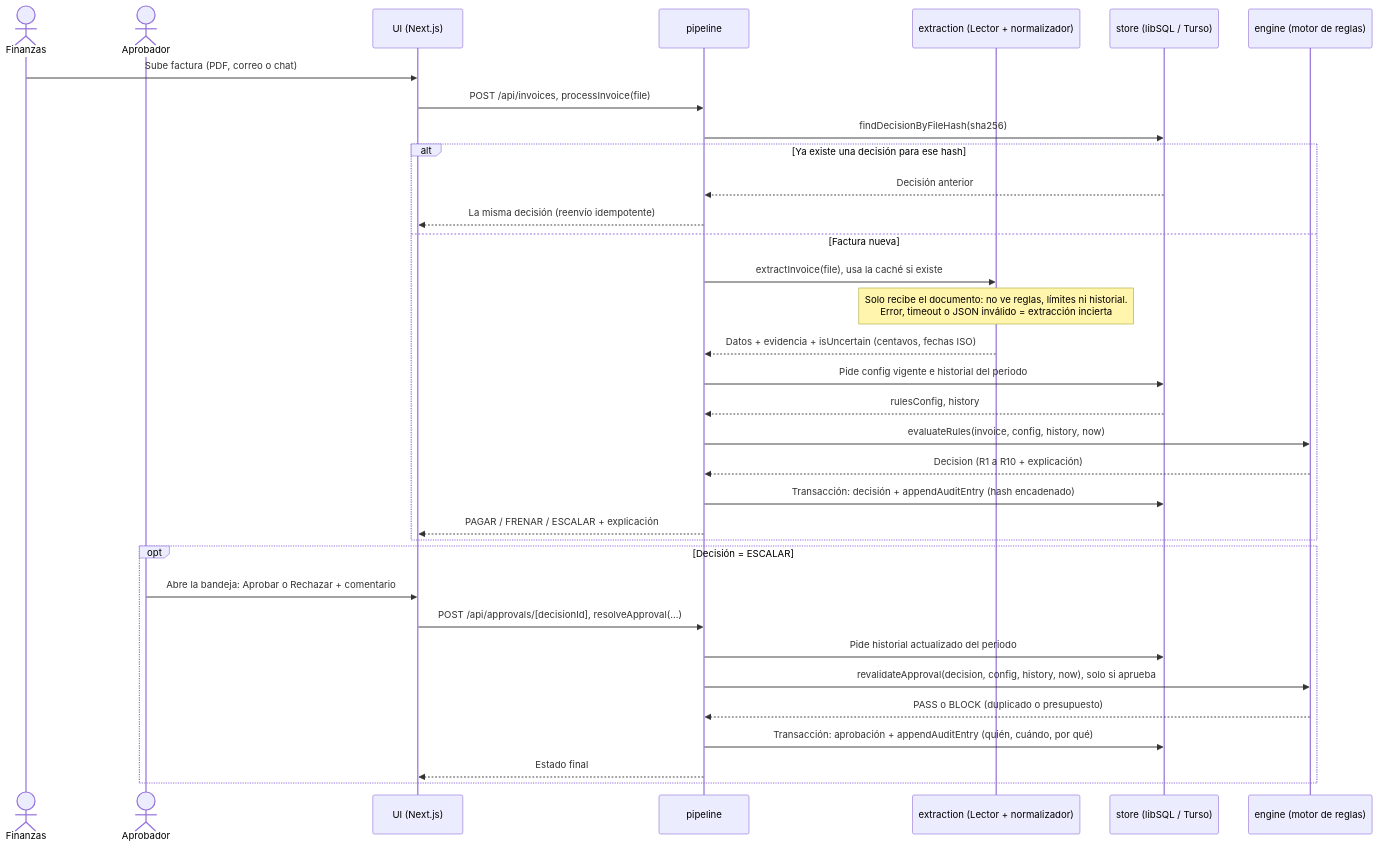
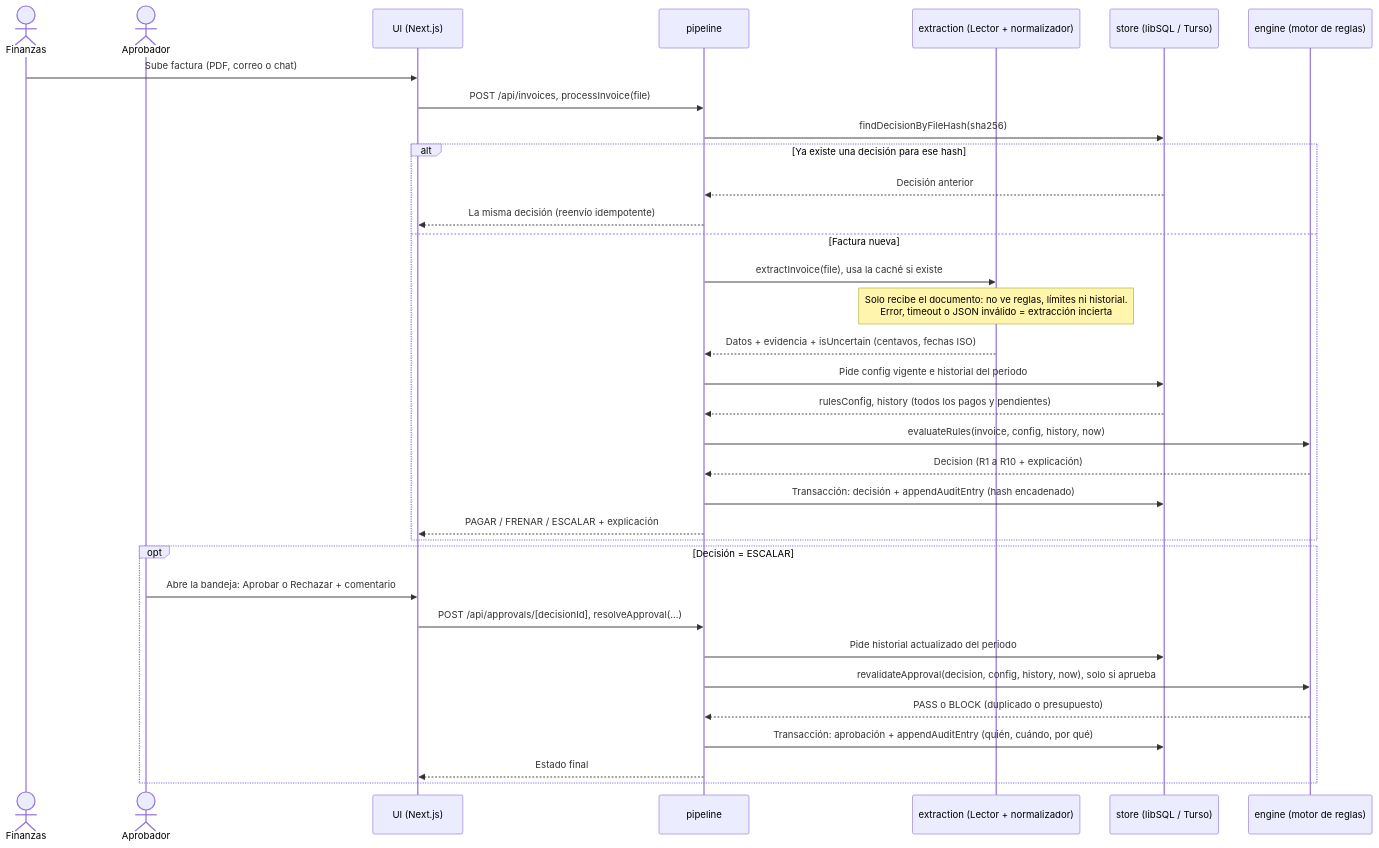
The diagram in docs/PROPUESTA.md (JohanMantilla/triple-firma), drawn with Mermaid before and after one commit. The commit also changed other lines of this file and 1 other file, not shown here.

````diff
--- a/docs/PROPUESTA.md
+++ b/docs/PROPUESTA.md
@@ -255,38 +257,38 @@
 ```mermaid
 sequenceDiagram
     actor U as Finanzas
     actor A as Aprobador
     participant UI as UI (Next.js)
     participant P as pipeline
     participant X as extraction (Lector + normalizador)
     participant S as store (libSQL / Turso)
     participant M as engine (motor de reglas)
 
     U->>UI: Sube factura (PDF, correo o chat)
     UI->>P: POST /api/invoices, processInvoice(file)
     P->>S: findDecisionByFileHash(sha256)
     alt Ya existe una decisión para ese hash
         S-->>P: Decisión anterior
         P-->>UI: La misma decisión (reenvío idempotente)
     else Factura nueva
         P->>X: extractInvoice(file), usa la caché si existe
         Note over X: Solo recibe el documento: no ve reglas, límites ni historial.<br/>Error, timeout o JSON inválido = extracción incierta
         X-->>P: Datos + evidencia + isUncertain (centavos, fechas ISO)
         P->>S: Pide config vigente e historial del periodo
-        S-->>P: rulesConfig, history
+        S-->>P: rulesConfig, history (todos los pagos y pendientes)
         P->>M: evaluateRules(invoice, config, history, now)
         M-->>P: Decision (R1 a R10 + explicación)
         P->>S: Transacción: decisión + appendAuditEntry (hash encadenado)
         P-->>UI: PAGAR / FRENAR / ESCALAR + explicación
     end
 
     opt Decisión = ESCALAR
         A->>UI: Abre la bandeja: Aprobar o Rechazar + comentario
         UI->>P: POST /api/approvals/[decisionId], resolveApproval(...)
         P->>S: Pide historial actualizado del periodo
         P->>M: revalidateApproval(decision, config, history, now), solo si aprueba
         M-->>P: PASS o BLOCK (duplicado o presupuesto)
         P->>S: Transacción: aprobación + appendAuditEntry (quién, cuándo, por qué)
         P-->>UI: Estado final
     end
 ```
````
